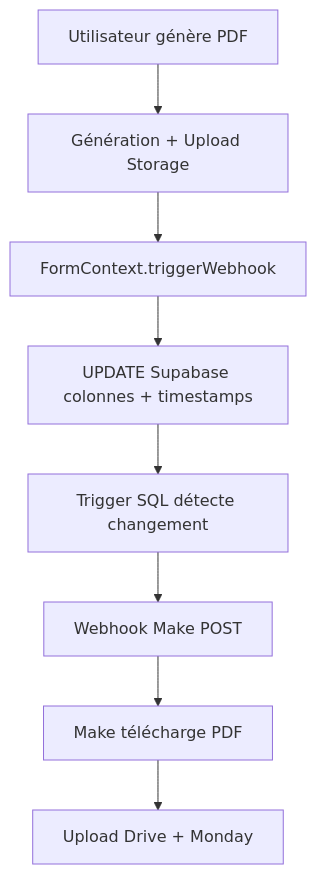
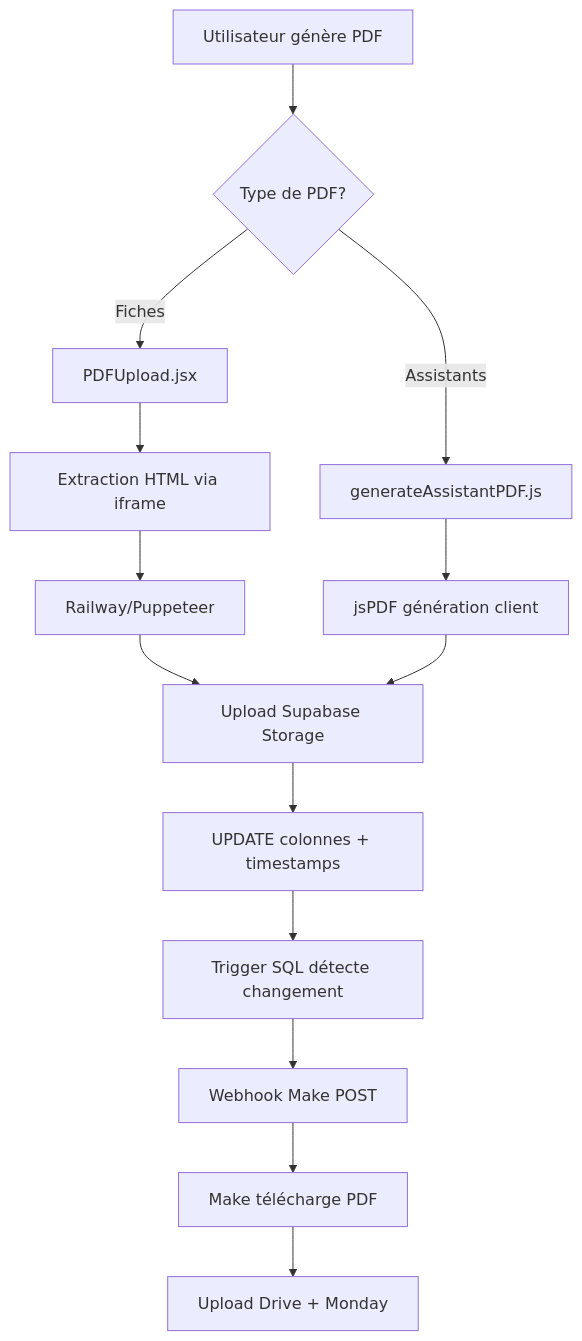
The diagram in docs/📄 PLAN UPLOAD PDF.md (INVESTMALIN/fiche-logement_ia-githubcopilot-v1), drawn with Mermaid before and after one commit. The commit also changed other lines of this file and 11 other files, not shown here.

````diff
--- a/docs/📄 PLAN UPLOAD PDF.md
+++ b/docs/📄 PLAN UPLOAD PDF.md
@@ -19,10 +28,19 @@
 ```mermaid
 graph TD
-    A[Utilisateur génère PDF] --> B[Génération + Upload Storage]
-    B --> C[FormContext.triggerWebhook]
-    C --> D[UPDATE Supabase colonnes + timestamps]
-    D --> E[Trigger SQL détecte changement]
-    E --> F[Webhook Make POST]
-    F --> G[Make télécharge PDF]
-    G --> H[Upload Drive + Monday]
+    A[Utilisateur génère PDF] --> B{Type de PDF?}
+    B -->|Fiches| C[PDFUpload.jsx]
+    B -->|Assistants| D[generateAssistantPDF.js]
+    
+    C --> E[Extraction HTML via iframe]
+    E --> F[Railway/Puppeteer]
+    F --> G[Upload Supabase Storage]
+    
+    D --> H[jsPDF génération client]
+    H --> G
+    
+    G --> I[UPDATE colonnes + timestamps]
+    I --> J[Trigger SQL détecte changement]
+    J --> K[Webhook Make POST]
+    K --> L[Make télécharge PDF]
+    L --> M[Upload Drive + Monday]
 ```
````
